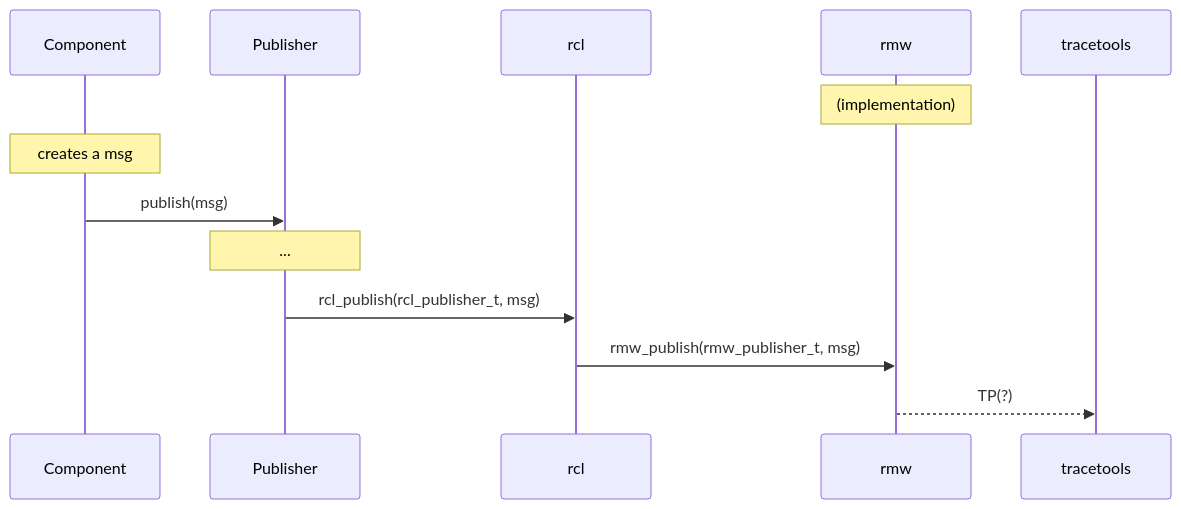
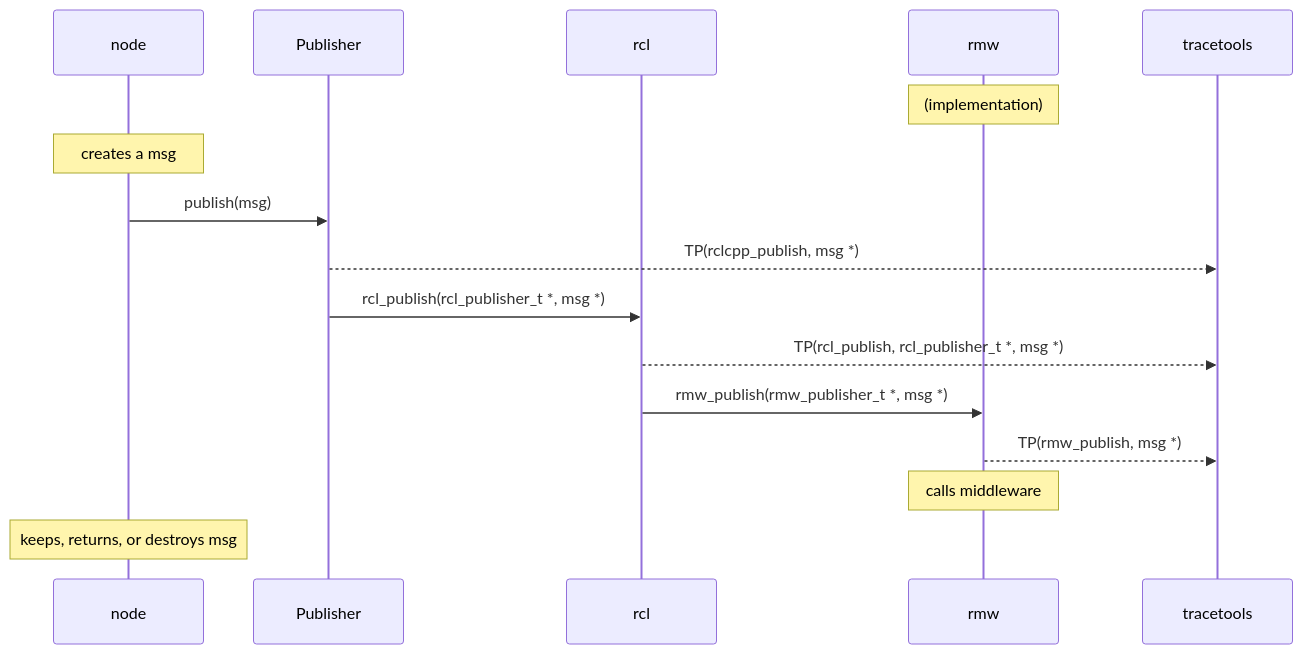
Before and after one commit to ros2-split-gbp/ros2_tracing-release: the seventh of 17 diagrams in doc/design_ros_2.md, drawn with Mermaid. The commit also changed other lines of this file and 83 other files, not shown here.

````diff
--- a/doc/design_ros_2.md
+++ b/doc/design_ros_2.md
@@ -313,17 +444,20 @@
 ```mermaid
 sequenceDiagram
-    participant Component
+    participant node
     participant Publisher
     participant rcl
     participant rmw
     participant tracetools
 
     Note over rmw: (implementation)
 
-    Note over Component: creates a msg
-    Component->>Publisher: publish(msg)
-    Note over Publisher: ...
-    Publisher->>rcl: rcl_publish(rcl_publisher_t, msg)
-    rcl->>rmw: rmw_publish(rmw_publisher_t, msg)
-    rmw-->>tracetools: TP(?)
+    Note over node: creates a msg
+    node->>Publisher: publish(msg)
+    Publisher-->>tracetools: TP(rclcpp_publish, msg *)
+    Publisher->>rcl: rcl_publish(rcl_publisher_t *, msg *)
+    rcl-->>tracetools: TP(rcl_publish, rcl_publisher_t *, msg *)
+    rcl->>rmw: rmw_publish(rmw_publisher_t *, msg *)
+    rmw-->>tracetools: TP(rmw_publish, msg *)
+    Note over rmw: calls middleware
+    Note over node: keeps, returns, or destroys msg
 ```
````
